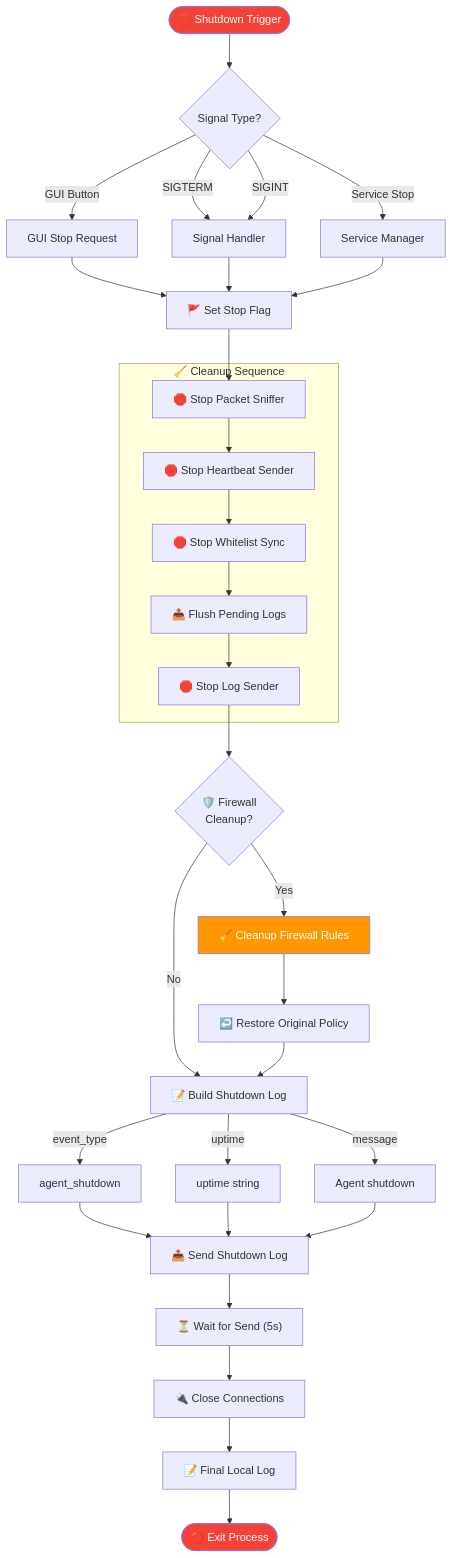
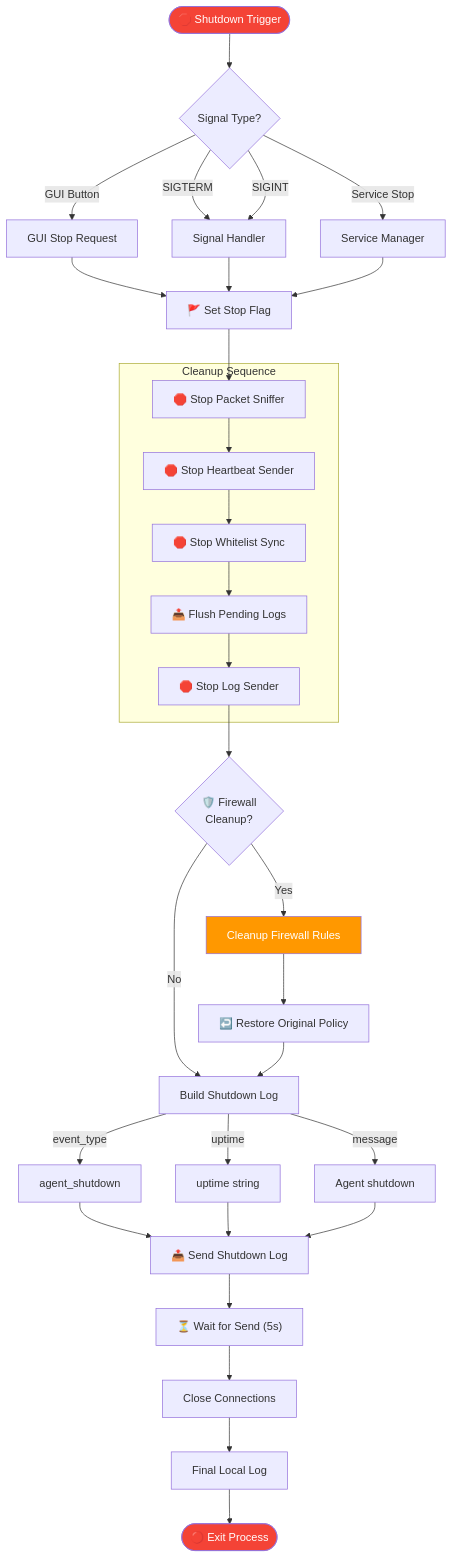
Before and after one commit to Son0ngu/Centralized_Network_Access_Control_System_for_Computer_Labs: the tenth of 13 diagrams in docs/diagrams/FLOW_DIAGRAMS.md, drawn with Mermaid. The commit also changed other lines of this file and 65 other files, not shown here.

````diff
--- a/docs/diagrams/FLOW_DIAGRAMS.md
+++ b/docs/diagrams/FLOW_DIAGRAMS.md
@@ -543,51 +543,51 @@
 ```mermaid
 flowchart TD
     TRIGGER([🛑 Shutdown Trigger]) --> SIGNAL_TYPE{"Signal Type?"}
     
     SIGNAL_TYPE --> |GUI Button| GUI_STOP["GUI Stop Request"]
     SIGNAL_TYPE --> |SIGTERM| SIG_STOP["Signal Handler"]
     SIGNAL_TYPE --> |SIGINT| SIG_STOP
     SIGNAL_TYPE --> |Service Stop| SVC_STOP["Service Manager"]
     
     GUI_STOP --> SET_FLAG
     SIG_STOP --> SET_FLAG
     SVC_STOP --> SET_FLAG
     
     SET_FLAG["🚩 Set Stop Flag"]
     SET_FLAG --> STOP_SNIFFER["🛑 Stop Packet Sniffer"]
     
-    subgraph "🧹 Cleanup Sequence"
+    subgraph "Cleanup Sequence"
         STOP_SNIFFER --> STOP_HEARTBEAT["🛑 Stop Heartbeat Sender"]
         STOP_HEARTBEAT --> STOP_WHITELIST["🛑 Stop Whitelist Sync"]
         STOP_WHITELIST --> FLUSH_LOGS["📤 Flush Pending Logs"]
         FLUSH_LOGS --> STOP_LOGSENDER["🛑 Stop Log Sender"]
     end
     
     STOP_LOGSENDER --> CHECK_FW{"🛡️ Firewall<br/>Cleanup?"}
     
-    CHECK_FW --> |Yes| CLEANUP_FW["🧹 Cleanup Firewall Rules"]
+    CHECK_FW --> |Yes| CLEANUP_FW["Cleanup Firewall Rules"]
     CHECK_FW --> |No| BUILD_SHUTDOWN
     
     CLEANUP_FW --> RESTORE_POLICY["↩️ Restore Original Policy"]
     RESTORE_POLICY --> BUILD_SHUTDOWN
     
-    BUILD_SHUTDOWN["📝 Build Shutdown Log"]
+    BUILD_SHUTDOWN["Build Shutdown Log"]
     BUILD_SHUTDOWN --> |event_type| EVT["agent_shutdown"]
     BUILD_SHUTDOWN --> |uptime| UPT["uptime string"]
     BUILD_SHUTDOWN --> |message| MSG["Agent shutdown"]
     
     EVT --> SEND_SHUTDOWN
     UPT --> SEND_SHUTDOWN
     MSG --> SEND_SHUTDOWN
     
     SEND_SHUTDOWN["📤 Send Shutdown Log"]
     SEND_SHUTDOWN --> WAIT_SEND["⏳ Wait for Send (5s)"]
     
-    WAIT_SEND --> CLOSE_CONNECTIONS["🔌 Close Connections"]
-    CLOSE_CONNECTIONS --> LOG_FINAL["📝 Final Local Log"]
+    WAIT_SEND --> CLOSE_CONNECTIONS["Close Connections"]
+    CLOSE_CONNECTIONS --> LOG_FINAL["Final Local Log"]
     LOG_FINAL --> EXIT([🔴 Exit Process])
     
     style TRIGGER fill:#f44336,color:#fff
     style EXIT fill:#f44336,color:#fff
     style CLEANUP_FW fill:#FF9800,color:#fff
 ```
````
